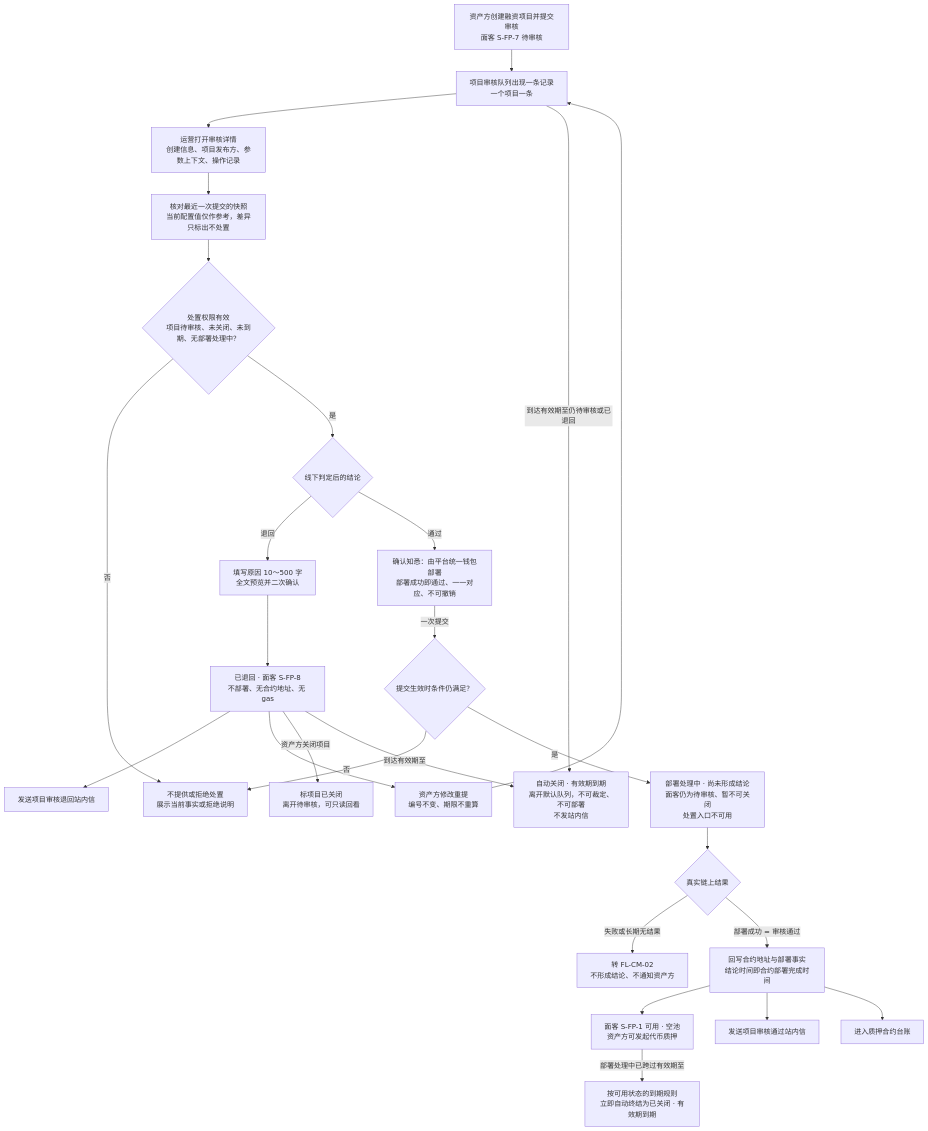
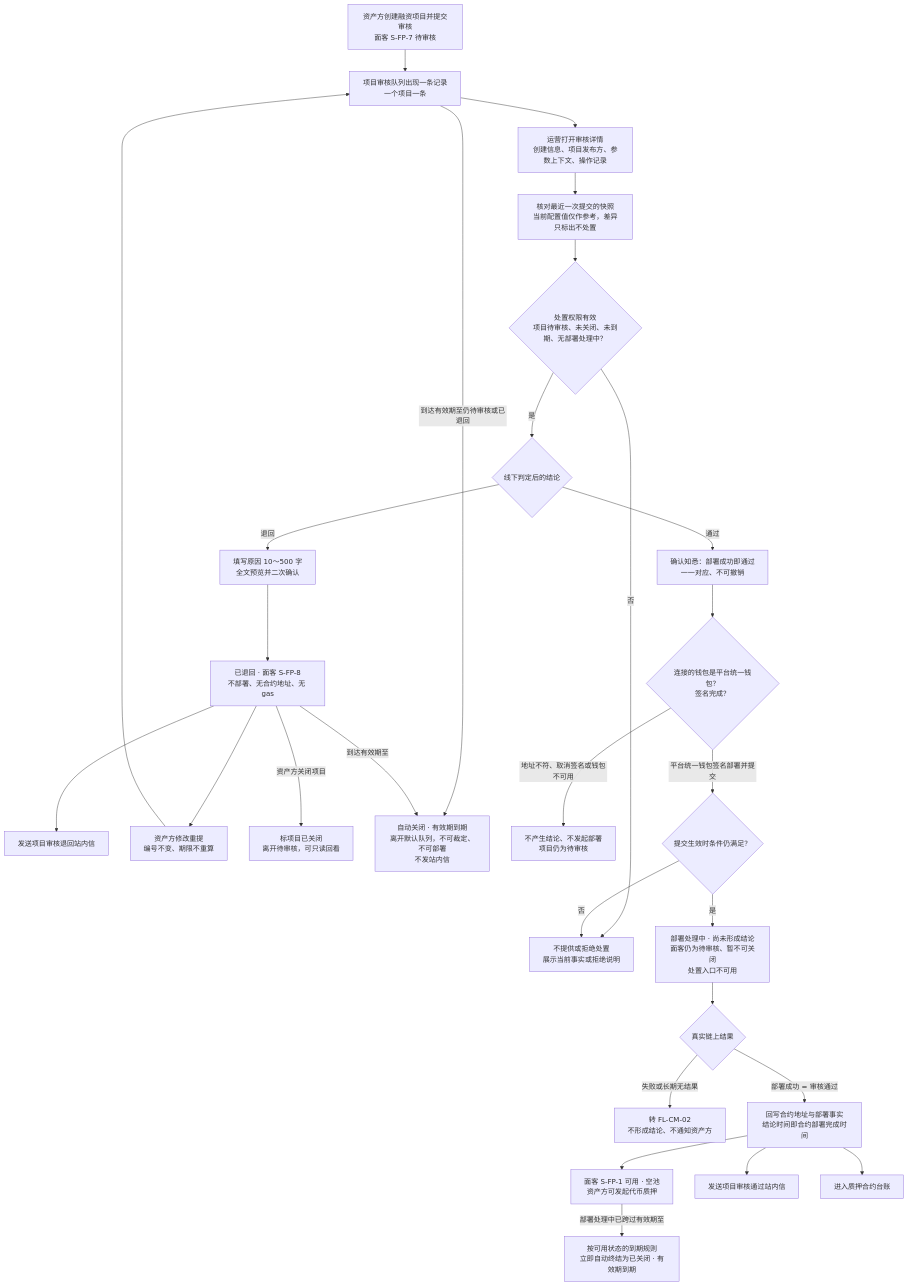
One commit to wxblockchain/Chain-Financing changed the first of 5 diagrams in lending-platform/PRD/运营端/04-运营端项目合约管理/02-运营端项目合约管理-流程图与状态机.md. Above: the diagram before and after it, drawn with Mermaid. The commit also changed other lines of this file and 10 other files, not shown here.

````diff
--- a/lending-platform/PRD/运营端/04-运营端项目合约管理/02-运营端项目合约管理-流程图与状态机.md
+++ b/lending-platform/PRD/运营端/04-运营端项目合约管理/02-运营端项目合约管理-流程图与状态机.md
@@ -19,28 +19,30 @@
 ```mermaid
 flowchart TD
   A0["资产方创建融资项目并提交审核<br/>面客 S-FP-7 待审核"] --> A1["项目审核队列出现一条记录<br/>一个项目一条"]
   A1 --> A2["运营打开审核详情<br/>创建信息、项目发布方、参数上下文、操作记录"]
   A2 --> A3["核对最近一次提交的快照<br/>当前配置值仅作参考，差异只标出不处置"]
   A3 --> A5{"处置权限有效<br/>项目待审核、未关闭、未到期、无部署处理中？"}
   A5 -- "否" --> A6["不提供或拒绝处置<br/>展示当前事实或拒绝说明"]
   A5 -- "是" --> A7{"线下判定后的结论"}
   A7 -- "退回" --> B1["填写原因 10～500 字<br/>全文预览并二次确认"]
   B1 --> B2["已退回 · 面客 S-FP-8<br/>不部署、无合约地址、无 gas"]
   B2 --> B3["发送项目审核退回站内信"]
   B2 --> B4["资产方修改重提<br/>编号不变、期限不重算"]
   B4 --> A1
   B2 -- "资产方关闭项目" --> B5["标项目已关闭<br/>离开待审核，可只读回看"]
   A1 -- "到达有效期至仍待审核或已退回" --> E1["自动关闭 · 有效期到期<br/>离开默认队列，不可裁定、不可部署<br/>不发站内信"]
   B2 -- "到达有效期至" --> E1
-  A7 -- "通过" --> C1["确认知悉：由平台统一钱包部署<br/>部署成功即通过、一一对应、不可撤销"]
-  C1 -- "一次提交" --> C2{"提交生效时条件仍满足？"}
+  A7 -- "通过" --> C1["确认知悉：部署成功即通过<br/>一一对应、不可撤销"]
+  C1 --> W1{"连接的钱包是平台统一钱包？<br/>签名完成？"}
+  W1 -- "地址不符、取消签名或钱包不可用" --> W2["不产生结论、不发起部署<br/>项目仍为待审核"]
+  W1 -- "平台统一钱包签名部署并提交" --> C2{"提交生效时条件仍满足？"}
   C2 -- "否" --> A6
   C2 -- "是" --> C3["部署处理中 · 尚未形成结论<br/>面客仍为待审核、暂不可关闭<br/>处置入口不可用"]
   C3 --> C5{"真实链上结果"}
   C5 -- "失败或长期无结果" --> C6["转 FL-CM-02<br/>不形成结论、不通知资产方"]
   C5 -- "部署成功 = 审核通过" --> D1["回写合约地址与部署事实<br/>结论时间即合约部署完成时间"]
   D1 --> D2["面客 S-FP-1 可用 · 空池<br/>资产方可发起代币质押"]
   D1 --> D3["发送项目审核通过站内信"]
   D1 --> D4["进入质押合约台账"]
   D2 -- "部署处理中已跨过有效期至" --> E2["按可用状态的到期规则<br/>立即自动终结为已关闭 · 有效期到期"]
 ```
````
